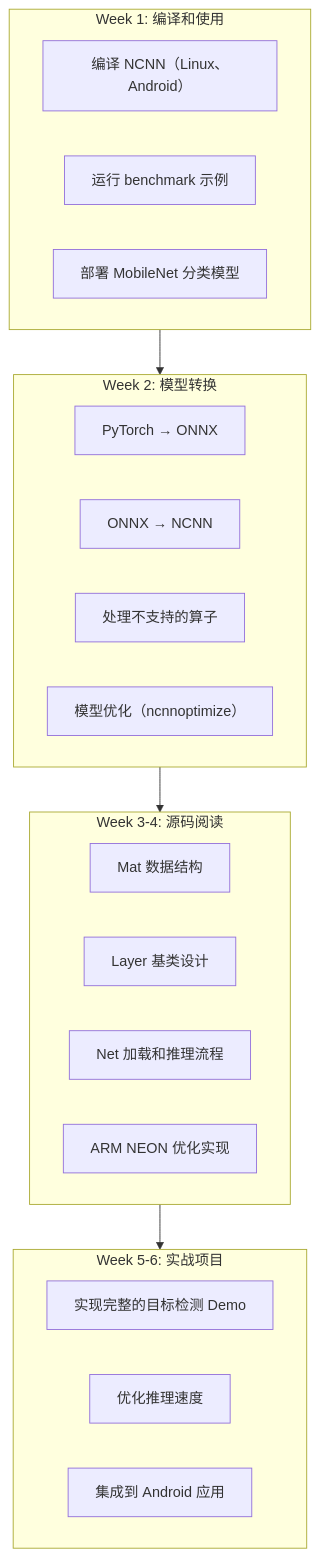
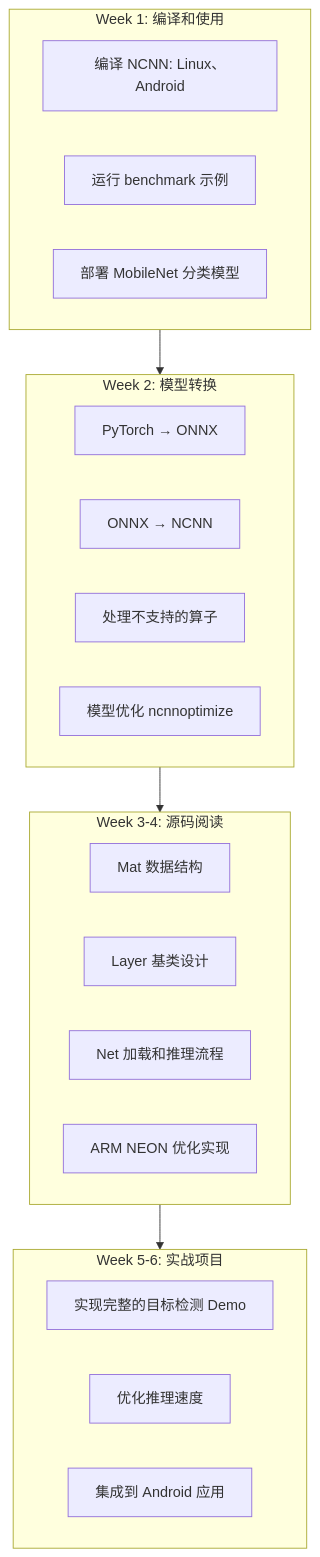
Before and after one commit to jpixy/jpixy.github.io: diagram 23 of 30 in content/articles/ai/ai-31-AI-C++工程师入门实战指南.md, drawn with Mermaid. The commit also changed other lines of this file and 66 other files, not shown here.

Commit message:
fix: resolve Mermaid syntax errors by removing parentheses in node labels

````diff
--- a/content/articles/ai/ai-31-AI-C++工程师入门实战指南.md
+++ b/content/articles/ai/ai-31-AI-C++工程师入门实战指南.md
@@ -1053,30 +1053,30 @@
 ```mermaid
 graph TB
     subgraph W1["Week 1: 编译和使用"]
-        A1["编译 NCNN（Linux、Android）"]
+        A1["编译 NCNN: Linux、Android"]
         A2["运行 benchmark 示例"]
         A3["部署 MobileNet 分类模型"]
     end
     
     subgraph W2["Week 2: 模型转换"]
         B1["PyTorch → ONNX"]
         B2["ONNX → NCNN"]
         B3["处理不支持的算子"]
-        B4["模型优化（ncnnoptimize）"]
+        B4["模型优化 ncnnoptimize"]
     end
     
     subgraph W3["Week 3-4: 源码阅读"]
         C1["Mat 数据结构"]
         C2["Layer 基类设计"]
         C3["Net 加载和推理流程"]
         C4["ARM NEON 优化实现"]
     end
     
     subgraph W4["Week 5-6: 实战项目"]
         D1["实现完整的目标检测 Demo"]
         D2["优化推理速度"]
         D3["集成到 Android 应用"]
     end
     
     W1 --> W2 --> W3 --> W4
 ```
````
